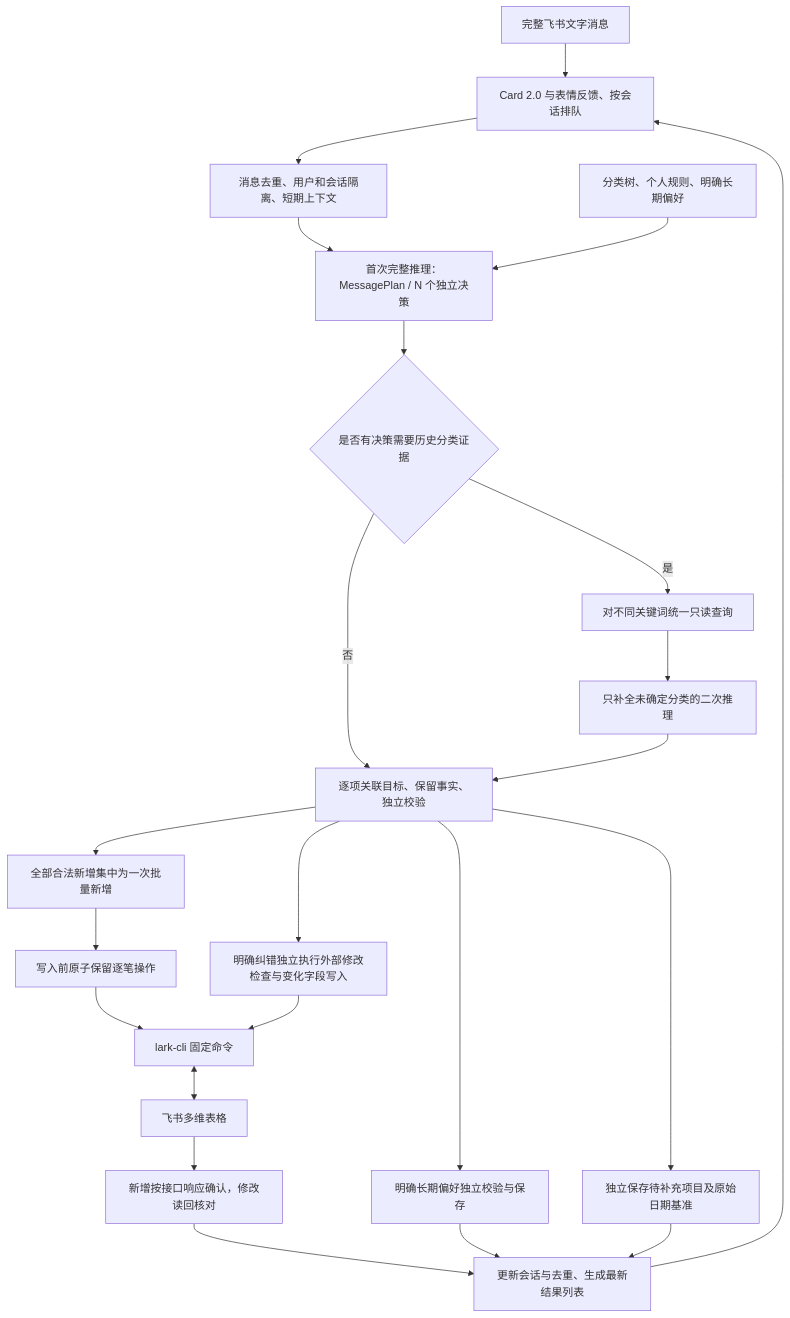
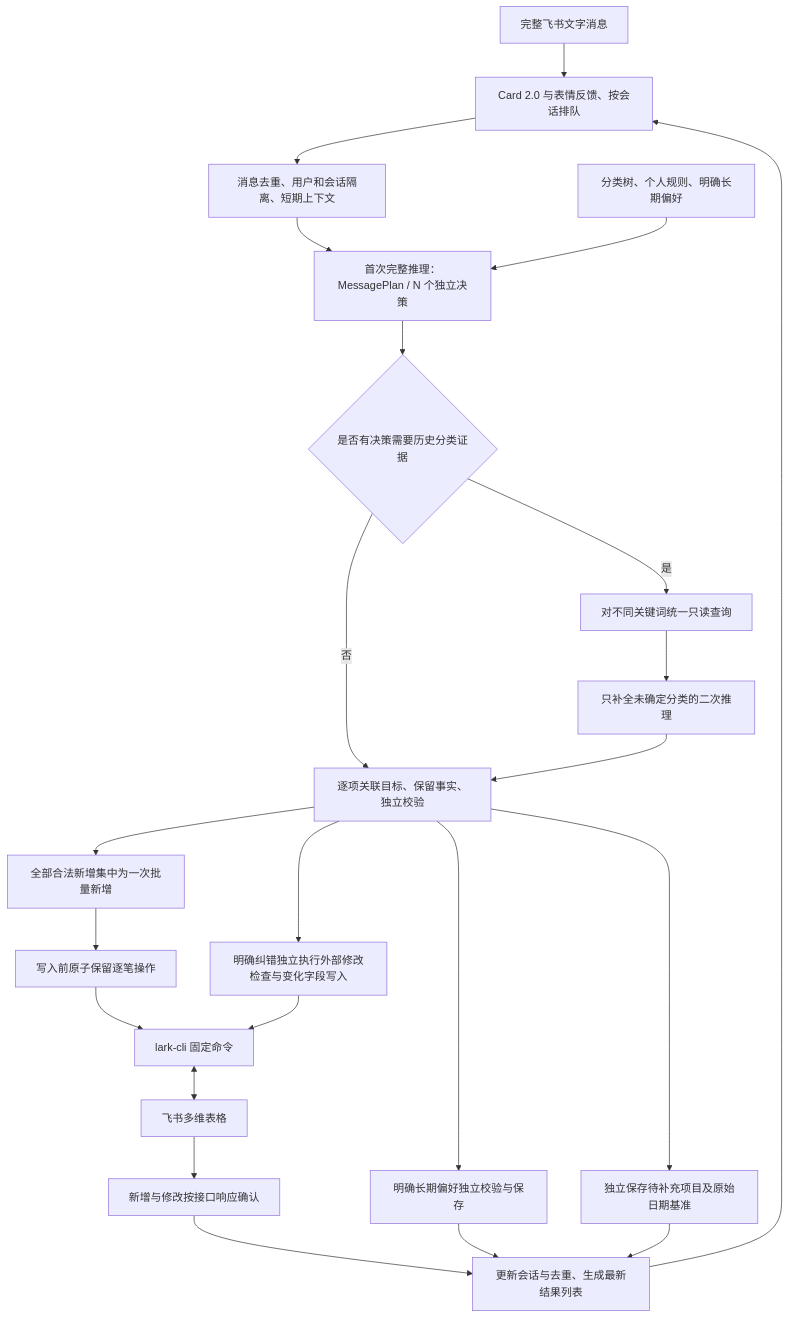
Before and after one commit to muieer/feishu-bitable-bookkeeping-agent: the diagram in docs/系统架构与工作流程.md, drawn with Mermaid. The commit also changed other lines of this file and 10 other files, not shown here.

````diff
--- a/docs/系统架构与工作流程.md
+++ b/docs/系统架构与工作流程.md
@@ -7,25 +7,25 @@
 ```mermaid
 flowchart TD
     U[完整飞书文字消息] --> C[Card 2.0 与表情反馈、按会话排队]
     C --> S[消息去重、用户和会话隔离、短期上下文]
     S --> A[首次完整推理：MessagePlan / N 个独立决策]
     K[分类树、个人规则、明确长期偏好] --> A
     A --> H{是否有决策需要历史分类证据}
     H -->|否| V[逐项关联目标、保留事实、独立校验]
     H -->|是| R[对不同关键词统一只读查询]
     R --> A2[只补全未确定分类的二次推理]
     A2 --> V
     V --> Q[独立保存待补充项目及原始日期基准]
     V --> B[全部合法新增集中为一次批量新增]
     V --> E[明确纠错独立执行外部修改检查与变化字段写入]
     V --> P[明确长期偏好独立校验与保存]
     B --> J[写入前原子保留逐笔操作]
     J --> CLI[lark-cli 固定命令]
     E --> CLI
     CLI <--> F[飞书多维表格]
-    F --> X[新增按接口响应确认，修改读回核对]
+    F --> X[新增与修改按接口响应确认]
     X --> O[更新会话与去重、生成最新结果列表]
     P --> O
     Q --> O
     O --> C
 ```
````
